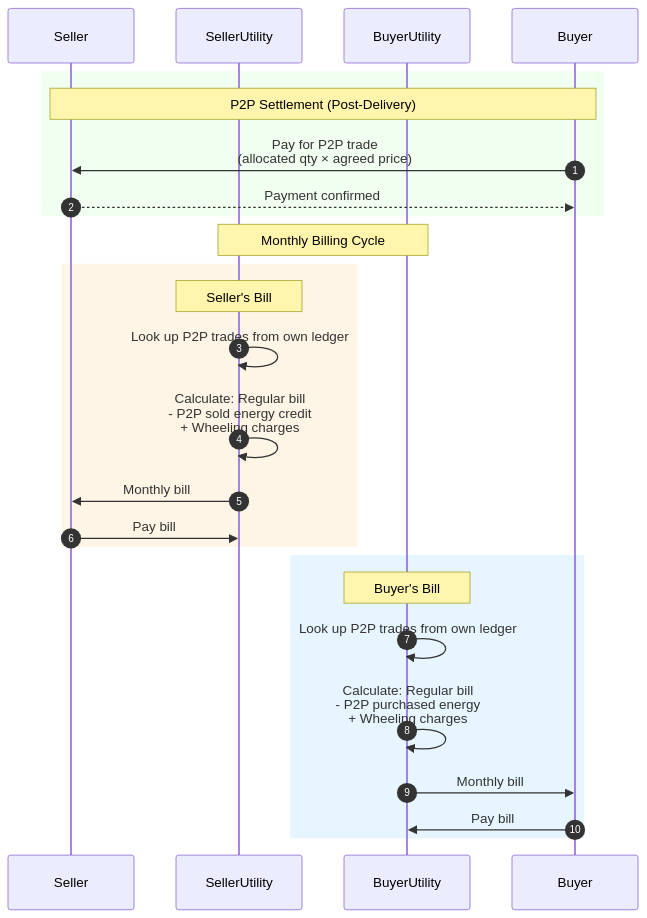
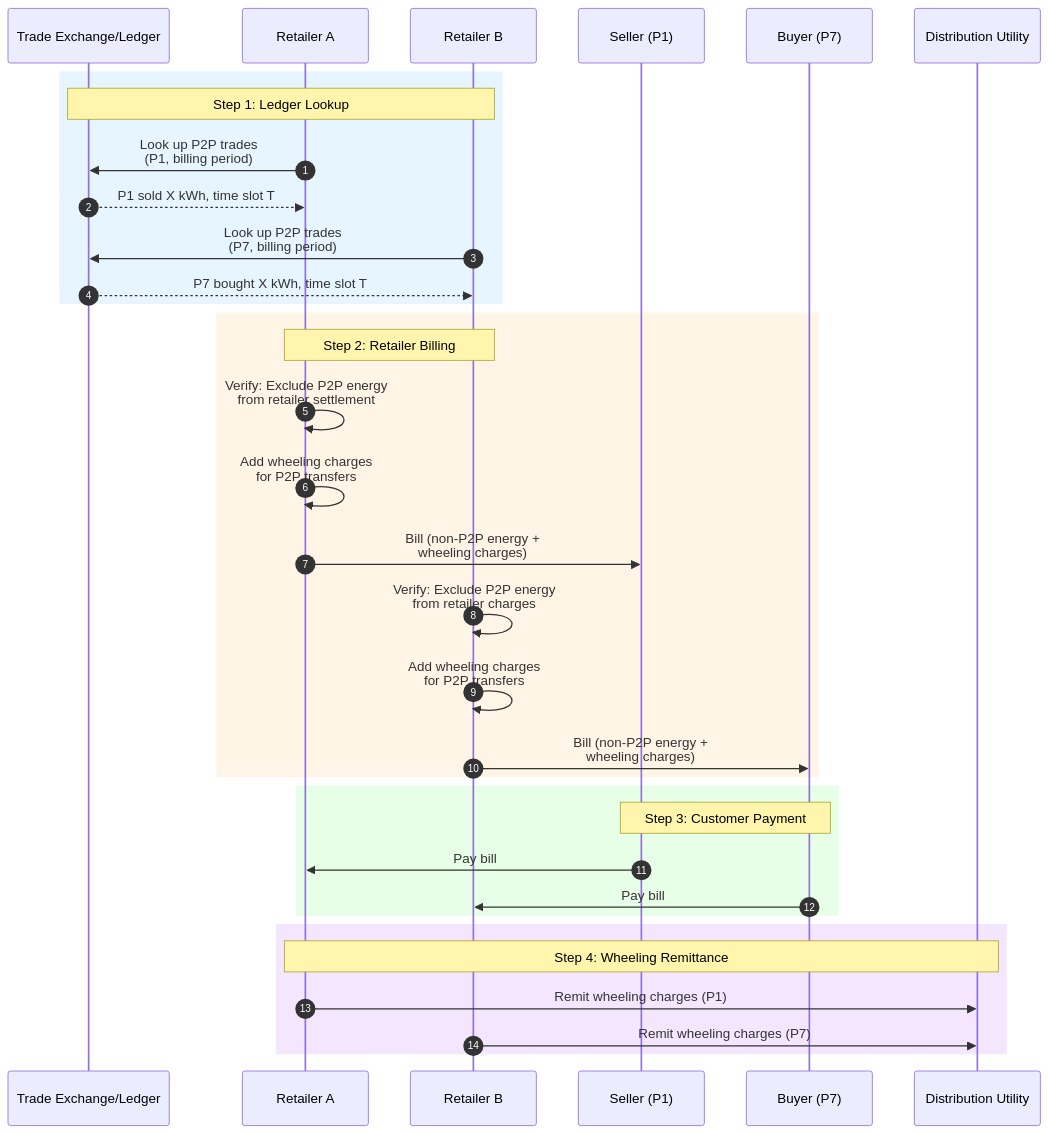
One commit to beckn/DEG changed the tenth of 11 diagrams in docs/implementation-guides/v2/P2P_Trading/Inter_energy_retailer_P2P_trading_draft.md. Above: the diagram before and after it, drawn with Mermaid. The commit also changed other lines of this file and 1 other file, not shown here.

````diff
--- a/docs/implementation-guides/v2/P2P_Trading/Inter_energy_retailer_P2P_trading_draft.md
+++ b/docs/implementation-guides/v2/P2P_Trading/Inter_energy_retailer_P2P_trading_draft.md
@@ -522,32 +465,41 @@
 ```mermaid
 sequenceDiagram
     autonumber
-    participant S as Seller
-    participant SellerUtility as SellerUtility
-    participant BuyerUtility as BuyerUtility
-    participant B as Buyer
+    participant TE as Trade Exchange/Ledger
+    participant RA as Retailer A
+    participant RB as Retailer B
+    participant S as Seller (P1)
+    participant B as Buyer (P7)
+    participant DU as Distribution Utility
 
-    rect rgb(240, 255, 240)
-    Note over S,B: P2P Settlement (Post-Delivery)
-    B->>S: Pay for P2P trade<br/>(allocated qty × agreed price)
-    S-->>B: Payment confirmed
+    rect rgb(230, 245, 255)
+    Note over TE,RB: Step 1: Ledger Lookup
+    RA->>TE: Look up P2P trades<br/>(P1, billing period)
+    TE-->>RA: P1 sold X kWh, time slot T
+    RB->>TE: Look up P2P trades<br/>(P7, billing period)
+    TE-->>RB: P7 bought X kWh, time slot T
     end
 
-    Note over SellerUtility,BuyerUtility: Monthly Billing Cycle
+    rect rgb(255, 245, 230)
+    Note over RA,RB: Step 2: Retailer Billing
+    RA->>RA: Verify: Exclude P2P energy<br/>from retailer settlement
+    RA->>RA: Add wheeling charges<br/>for P2P transfers
+    RA->>S: Bill (non-P2P energy +<br/>wheeling charges)
 
-    rect rgb(255, 245, 230)
-    Note over SellerUtility: Seller's Bill
-    SellerUtility->>SellerUtility: Look up P2P trades from own ledger
-    SellerUtility->>SellerUtility: Calculate: Regular bill<br/>- P2P sold energy credit<br/>+ Wheeling charges
-    SellerUtility->>S: Monthly bill
-    S->>SellerUtility: Pay bill
+    RB->>RB: Verify: Exclude P2P energy<br/>from retailer charges
+    RB->>RB: Add wheeling charges<br/>for P2P transfers
+    RB->>B: Bill (non-P2P energy +<br/>wheeling charges)
     end
 
-    rect rgb(230, 245, 255)
-    Note over BuyerUtility: Buyer's Bill
-    BuyerUtility->>BuyerUtility: Look up P2P trades from own ledger
-    BuyerUtility->>BuyerUtility: Calculate: Regular bill<br/>- P2P purchased energy<br/>+ Wheeling charges
-    BuyerUtility->>B: Monthly bill
-    B->>BuyerUtility: Pay bill
+    rect rgb(230, 255, 230)
+    Note over S,B: Step 3: Customer Payment
+    S->>RA: Pay bill
+    B->>RB: Pay bill
+    end
+
+    rect rgb(245, 230, 255)
+    Note over RA,DU: Step 4: Wheeling Remittance
+    RA->>DU: Remit wheeling charges (P1)
+    RB->>DU: Remit wheeling charges (P7)
     end
 ```
````
